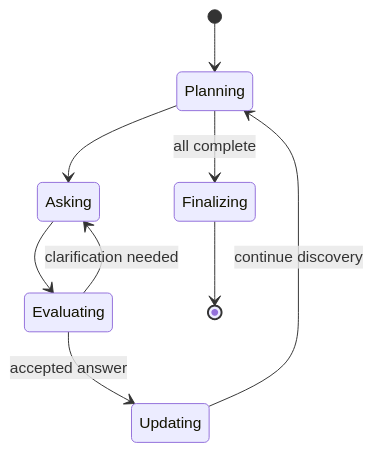
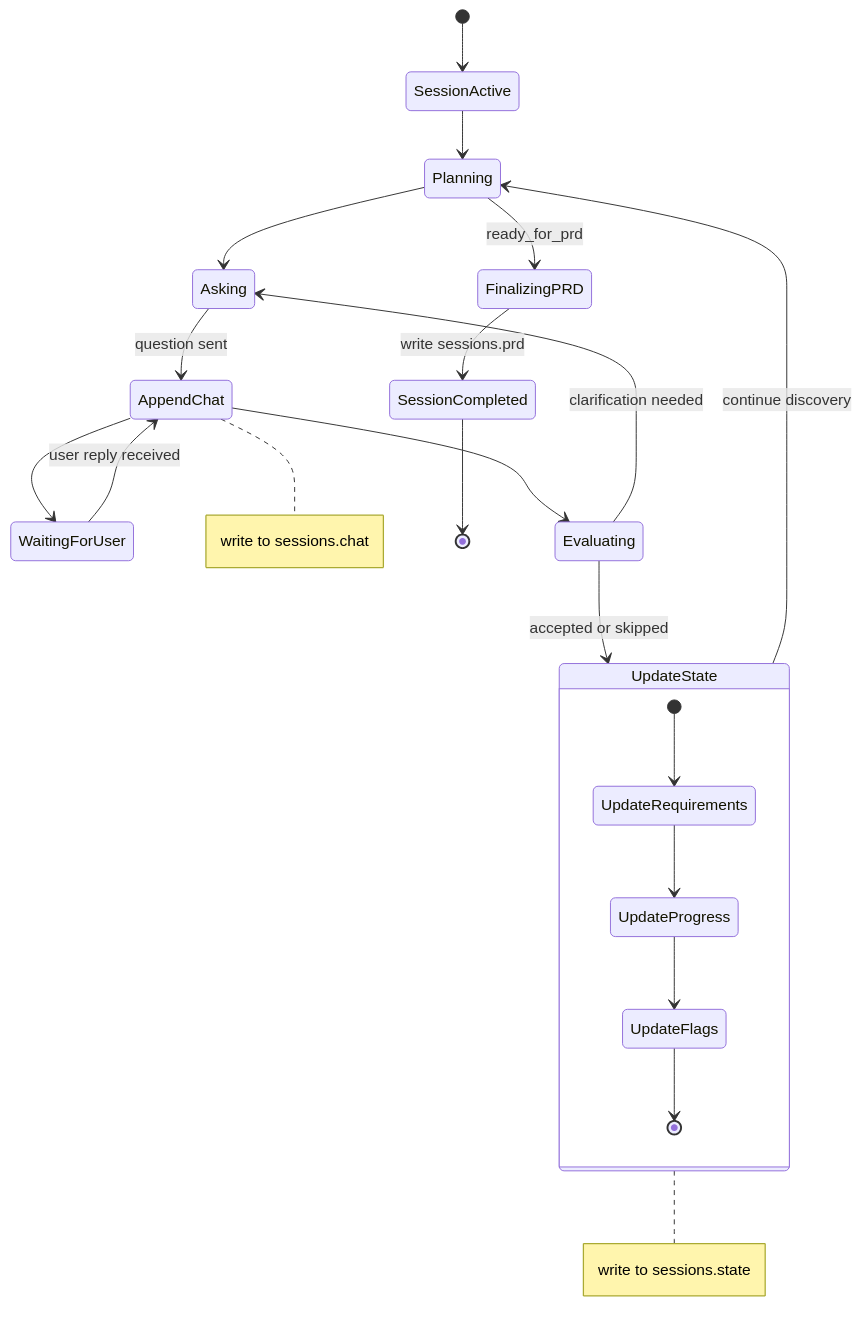
The fourth of 6 diagrams in Docs/system-arch/agent-orchestration-and-state.md (MohamedThabt/req-agent), drawn with Mermaid before and after one commit.

Commit message:
feat: Update state diagram to enhance session flow and clarify state updates

````diff
--- a/Docs/system-arch/agent-orchestration-and-state.md
+++ b/Docs/system-arch/agent-orchestration-and-state.md
@@ -403,11 +403,31 @@
 ```mermaid
 stateDiagram-v2
-  [*] --> Planning
+  [*] --> SessionActive
+  SessionActive --> Planning
   Planning --> Asking
-  Asking --> Evaluating
+  Asking --> AppendChat: question sent
+  AppendChat --> WaitingForUser
+  WaitingForUser --> AppendChat: user reply received
+  AppendChat --> Evaluating
   Evaluating --> Asking: clarification needed
-  Evaluating --> Updating: accepted answer
-  Updating --> Planning: continue discovery
-  Planning --> Finalizing: all complete
-  Finalizing --> [*]
+  Evaluating --> UpdateState: accepted or skipped
+  UpdateState --> Planning: continue discovery
+  Planning --> FinalizingPRD: ready_for_prd
+  FinalizingPRD --> SessionCompleted: write sessions.prd
+  SessionCompleted --> [*]
+
+  state UpdateState {
+    [*] --> UpdateRequirements
+    UpdateRequirements --> UpdateProgress
+    UpdateProgress --> UpdateFlags
+    UpdateFlags --> [*]
+  }
+
+  note right of AppendChat
+    write to sessions.chat
+  end note
+
+  note right of UpdateState
+    write to sessions.state
+  end note
 ```
````
